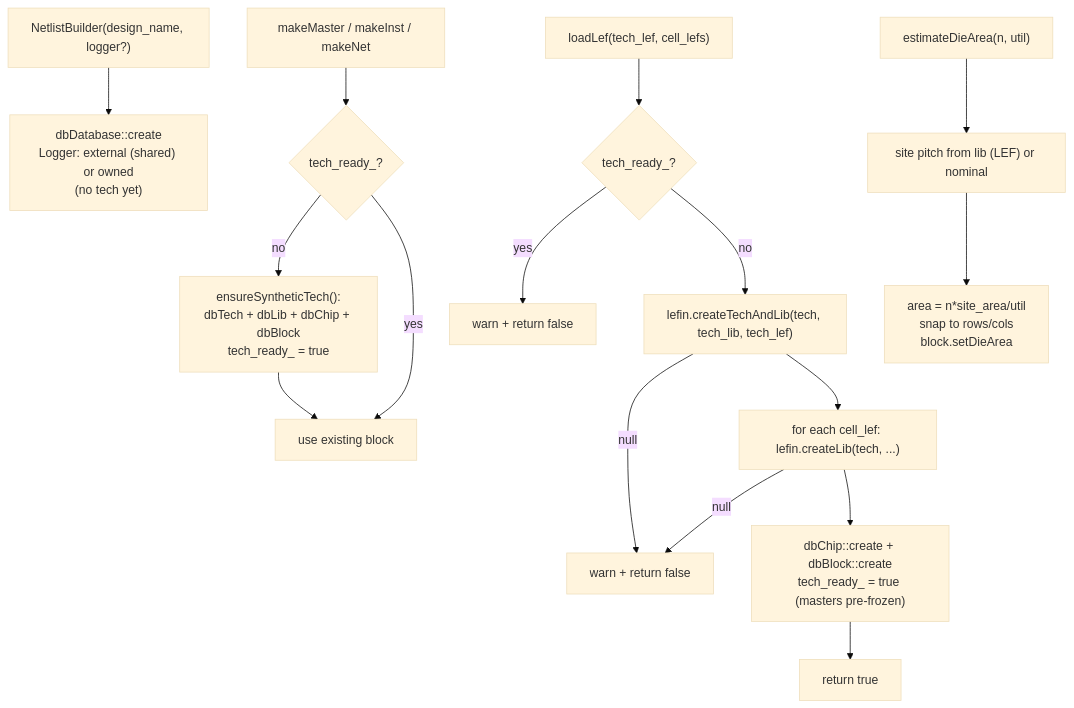
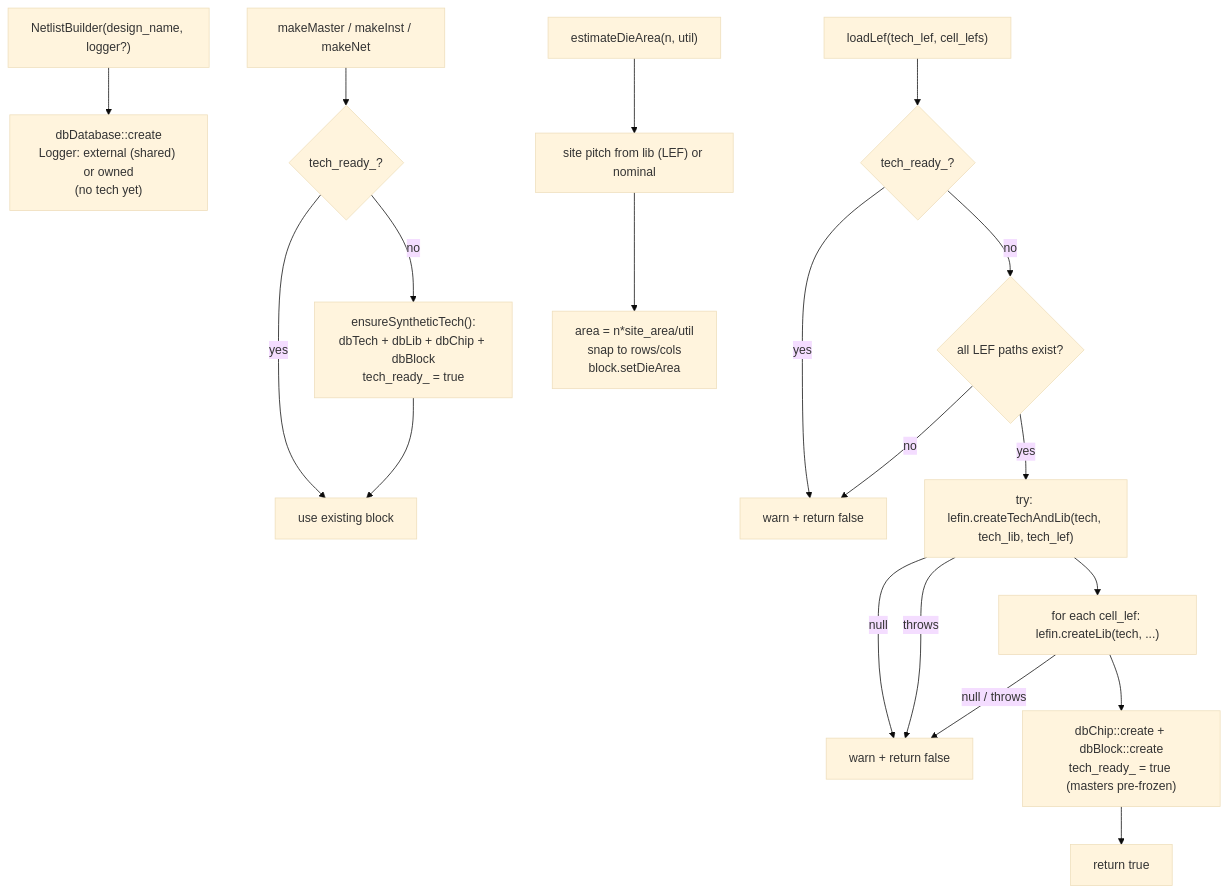
The second of 11 diagrams in src/engines/netlistgen/FLOW.md (rfive88/eda-lab), drawn with Mermaid (base theme) before and after one commit. The commit also changed other lines of this file and 12 other files, not shown here.

````diff
--- a/src/engines/netlistgen/FLOW.md
+++ b/src/engines/netlistgen/FLOW.md
@@ -55,21 +63,24 @@
 ```mermaid
 graph TD
   ctor["NetlistBuilder(design_name, logger?)"] --> dbonly["dbDatabase::create<br/>Logger: external (shared) or owned<br/>(no tech yet)"]
 
   mm["makeMaster / makeInst / makeNet"] --> est{"tech_ready_?"}
   est -->|no| synth["ensureSyntheticTech():<br/>dbTech + dbLib + dbChip + dbBlock<br/>tech_ready_ = true"]
   est -->|yes| use[use existing block]
   synth --> use
 
   ll["loadLef(tech_lef, cell_lefs)"] --> chk{"tech_ready_?"}
   chk -->|yes| fail0["warn + return false"]
-  chk -->|no| ct["lefin.createTechAndLib(tech, tech_lib, tech_lef)"]
+  chk -->|no| exist{"all LEF paths exist?"}
+  exist -->|no| fail0
+  exist -->|yes| ct["try: lefin.createTechAndLib(tech, tech_lib, tech_lef)"]
   ct -->|null| fail1["warn + return false"]
+  ct -->|throws| fail1
   ct --> cl["for each cell_lef: lefin.createLib(tech, ...)"]
-  cl -->|null| fail1
+  cl -->|null / throws| fail1
   cl --> mkblk["dbChip::create + dbBlock::create<br/>tech_ready_ = true (masters pre-frozen)"]
   mkblk --> ok[return true]
 
   eda["estimateDieArea(n, util)"] --> site["site pitch from lib (LEF) or nominal"]
   site --> box["area = n*site_area/util<br/>snap to rows/cols<br/>block.setDieArea"]
 ```
````
